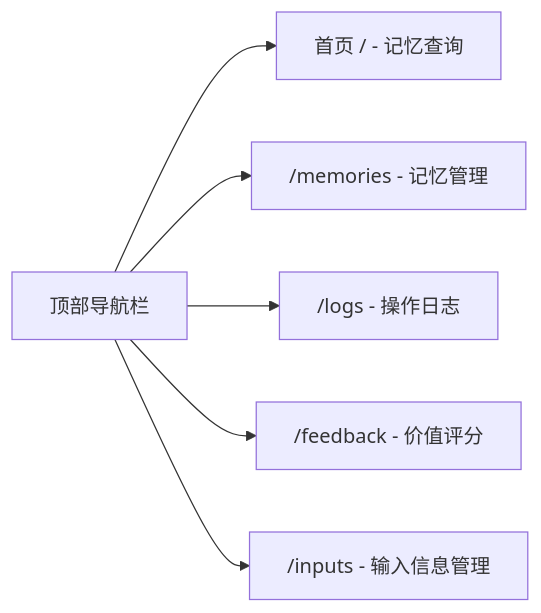
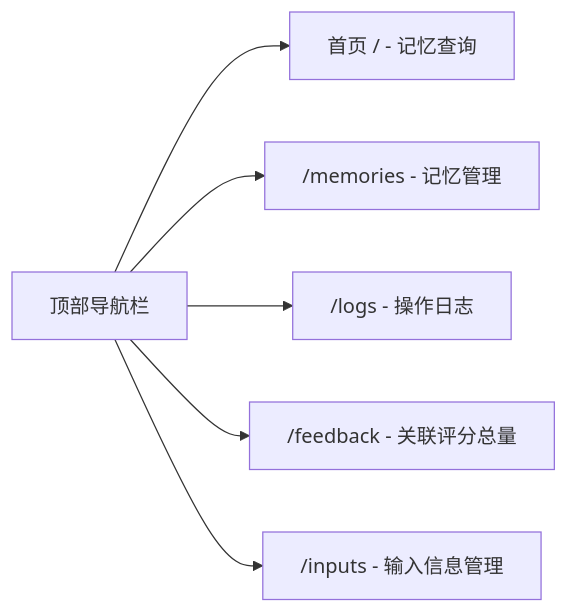
One commit to SevenLv/air_memory changed the first of 3 diagrams in doc/user_guide_v2.1.md. Above: the diagram before and after it, drawn with Mermaid. The commit also changed other lines of this file and 7 other files, not shown here.

````diff
--- a/doc/user_guide_v2.1.md
+++ b/doc/user_guide_v2.1.md
@@ -39,8 +38,8 @@
 ```mermaid
 graph LR
     Nav["顶部导航栏"] --> Home["首页 / - 记忆查询"]
     Nav --> Memories["/memories - 记忆管理"]
     Nav --> Logs["/logs - 操作日志"]
-    Nav --> Feedback["/feedback - 价值评分"]
+    Nav --> Feedback["/feedback - 关联评分总量"]
     Nav --> Inputs["/inputs - 输入信息管理"]
 ```
````
